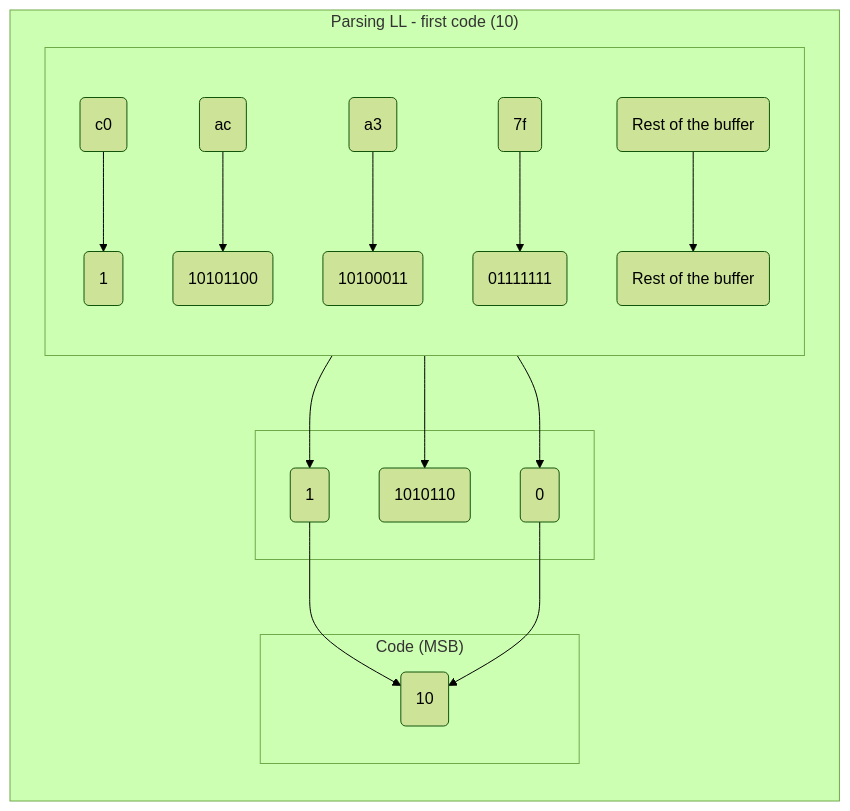
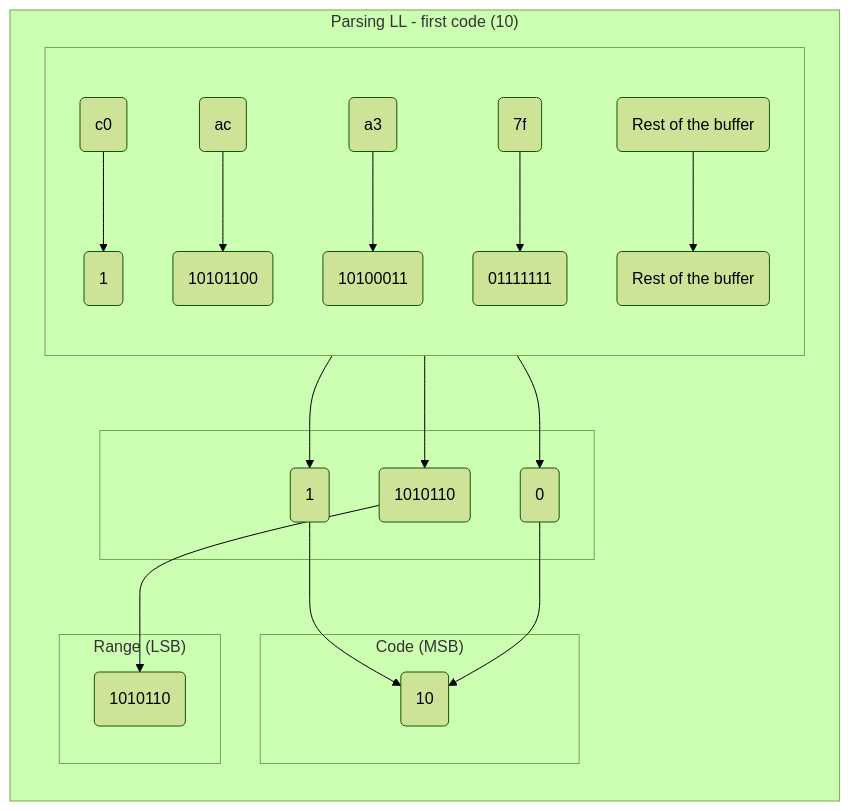
Diagram 14 of 21 in articles/deflate-stream-parser.md (marsp0/marsp0.github.io), drawn with Mermaid before and after one commit. The commit also changed other lines of this file, not shown here.

````diff
--- a/articles/deflate-stream-parser.md
+++ b/articles/deflate-stream-parser.md
@@ -860,42 +862,48 @@
 ```mermaid
 %%{init: { 'theme':'forest' } }%%
 graph
     subgraph "Parsing LL - first code (10)"
         direction TB
         subgraph " "
             direction TB
             I(c0)
             J(ac)
             K(a3)
             L(7f)
             M("Rest of the buffer")
             IBF(1)
             JBF(10101100)
             KBF(10100011)
             LBF(01111111)
             MBF("Rest of the buffer")
         end
         subgraph " "
             IB(1)
             JB(1010110)
             JBB(0)
         end
         subgraph "Code (MSB)"
             CA(10)
         end
+        subgraph "Range (LSB)"
+            RA(1010110)
+        end
 
         I --> IBF
         J --> JBF
         K --> KBF
         L --> LBF
         M --> MBF
 
         IBF --> IB
         JBF --> JB
         JBF --> JBB
 
         IB --> CA
+        JB ~~~ CA
         JBB --> CA
+
+        JB --> RA
 
     end
 ```
````
